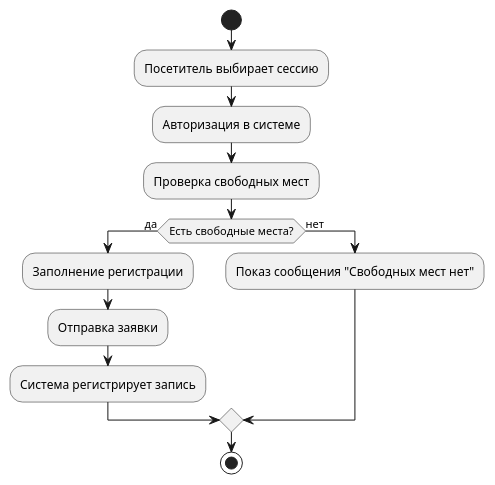
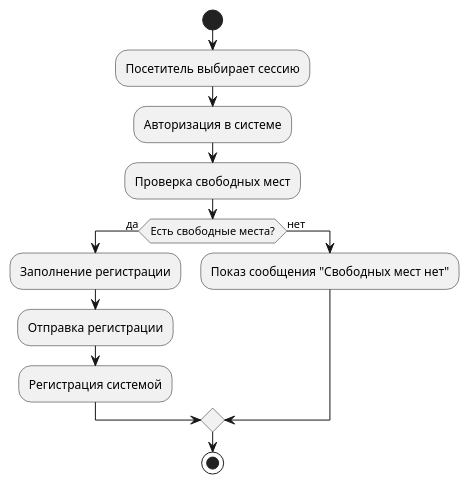
The diagram in block-scheme1.puml (damnedpunk/main), drawn with PlantUML before and after one commit.

Commit message:
block-scheme1.puml

```diff
--- a/block-scheme1.puml
+++ b/block-scheme1.puml
@@ -1,14 +1,14 @@
 @startuml
 start
 :Посетитель выбирает сессию;
 :Авторизация в системе;
 :Проверка свободных мест;
 if (Есть свободные места?) then (да)
     :Заполнение регистрации;
-    :Отправка заявки;
-    :Система регистрирует запись;
+    :Отправка регистрации;
+    :Регистрация системой;
 else (нет)
     :Показ сообщения "Свободных мест нет";
 endif
 stop
 @enduml
```
